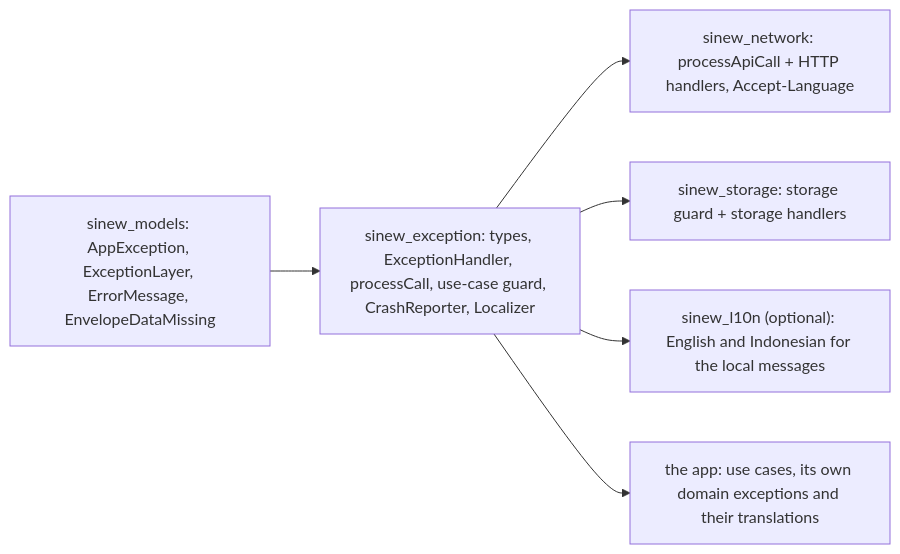
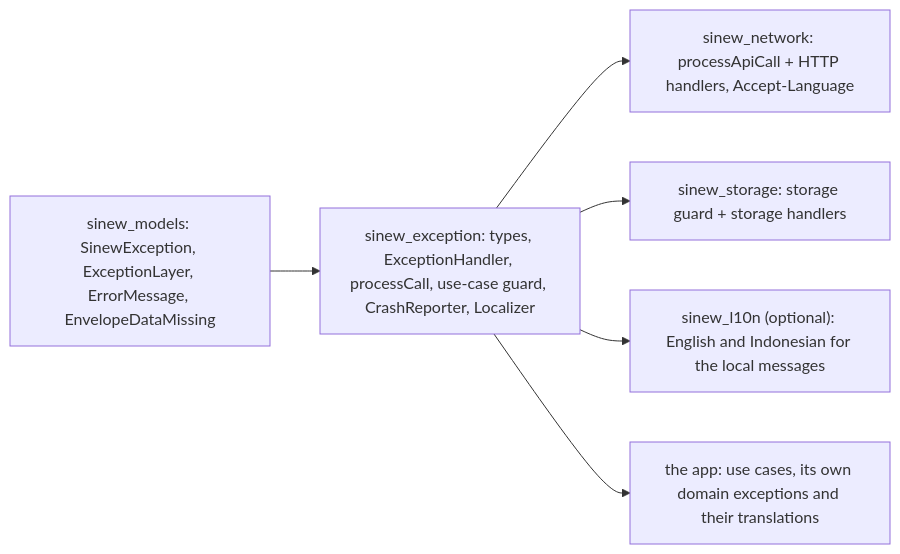
The diagram in docs/internal/development/guide/02-packages/02-exception.mdx (srctool/sinew), drawn with Mermaid before and after one commit. The commit also changed other lines of this file and 10 other files, not shown here.

First line of the commit message:
docs: sync the Guide with PagingMetaEnvelope and SinewException (#9)

````diff
--- a/docs/internal/development/guide/02-packages/02-exception.mdx
+++ b/docs/internal/development/guide/02-packages/02-exception.mdx
@@ -26,8 +26,8 @@
 ```mermaid
 flowchart LR
-    M["sinew_models: AppException, ExceptionLayer, ErrorMessage, EnvelopeDataMissing"] --> E["sinew_exception: types, ExceptionHandler, processCall, use-case guard, CrashReporter, Localizer"]
+    M["sinew_models: SinewException, ExceptionLayer, ErrorMessage, EnvelopeDataMissing"] --> E["sinew_exception: types, ExceptionHandler, processCall, use-case guard, CrashReporter, Localizer"]
     E --> N["sinew_network: processApiCall + HTTP handlers, Accept-Language"]
     E --> S["sinew_storage: storage guard + storage handlers"]
     E --> L["sinew_l10n (optional): English and Indonesian for the local messages"]
     E --> APP["the app: use cases, its own domain exceptions and their translations"]
 ```
````
